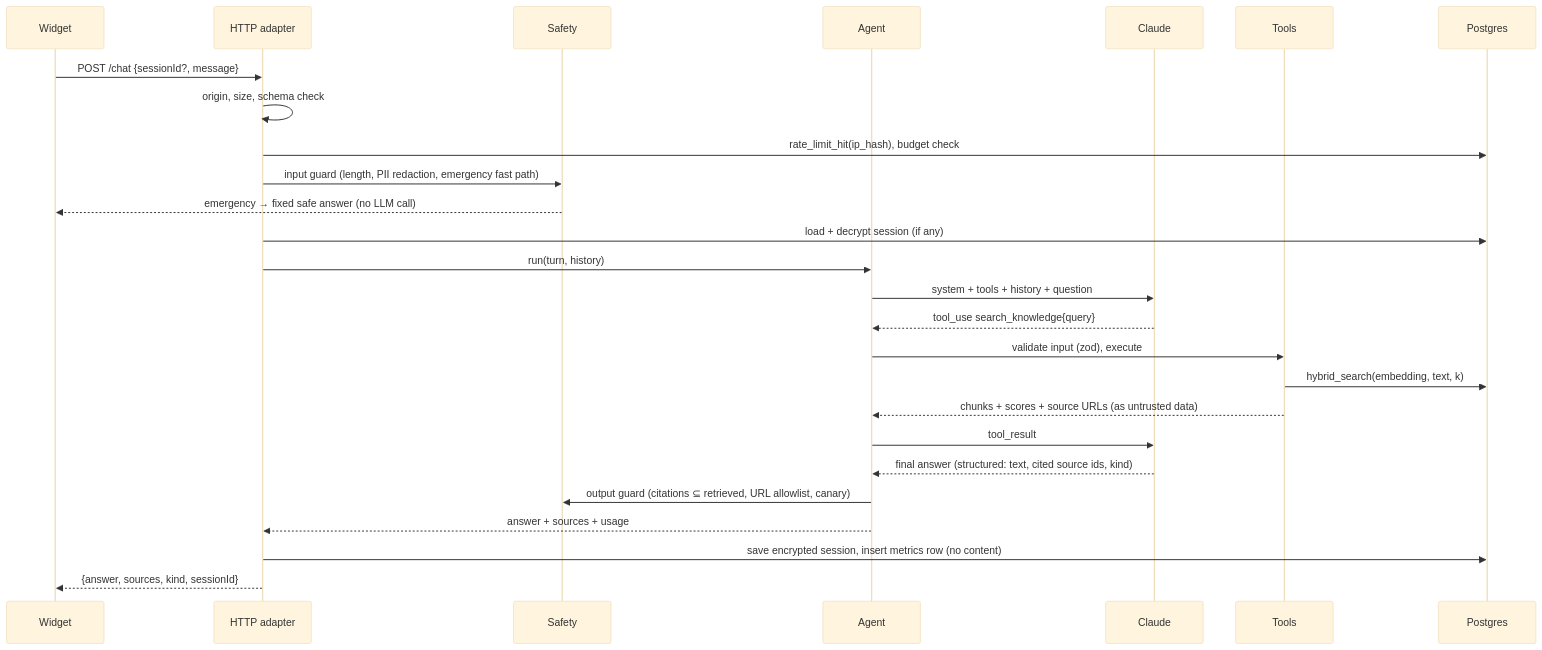
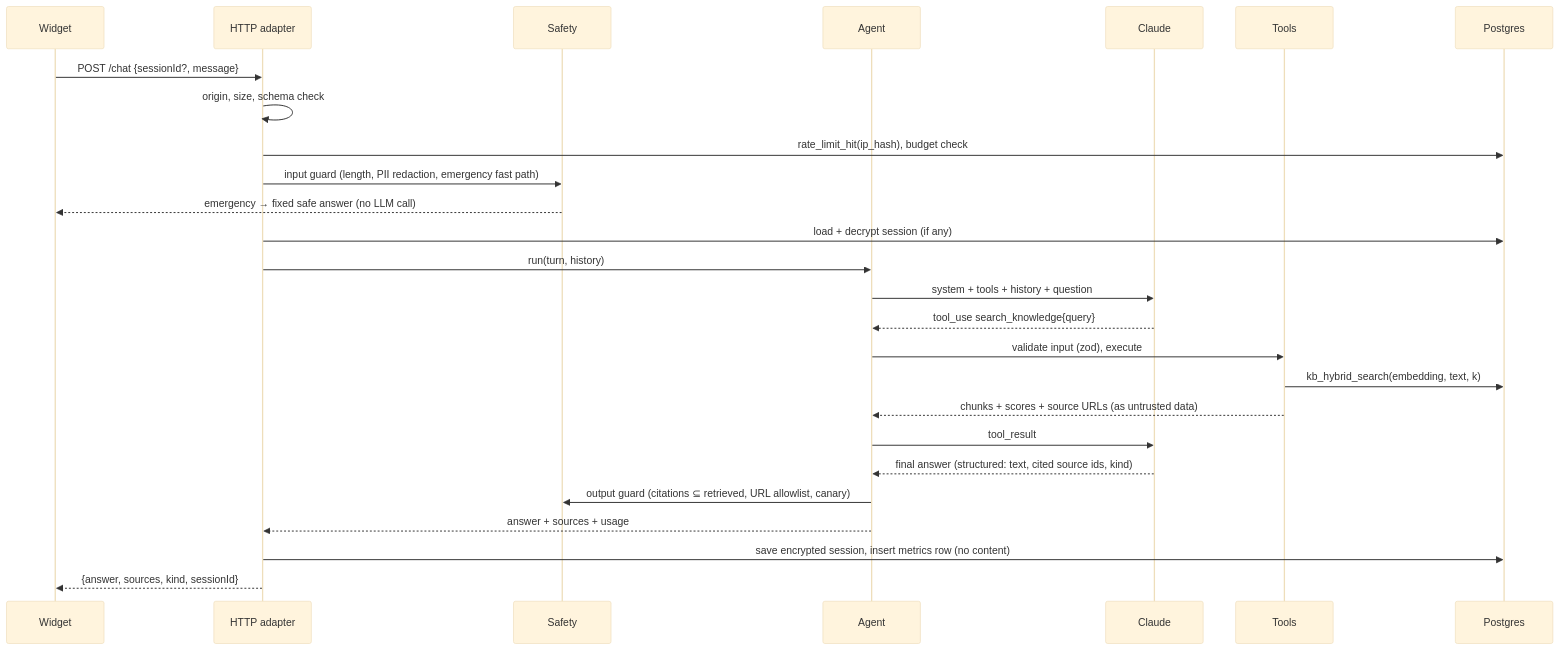
One commit to tomasghilino/dr-ghilino-assistant changed the second of 2 diagrams in ARCHITECTURE.md. Above: the diagram before and after it, drawn with Mermaid (base theme). The commit also changed other lines of this file and 36 other files, not shown here.

````diff
--- a/ARCHITECTURE.md
+++ b/ARCHITECTURE.md
@@ -75,28 +75,28 @@
 ```mermaid
 sequenceDiagram
   participant W as Widget
   participant H as HTTP adapter
   participant G as Safety
   participant AG as Agent
   participant L as Claude
   participant T as Tools
   participant DB as Postgres
   W->>H: POST /chat {sessionId?, message}
   H->>H: origin, size, schema check
   H->>DB: rate_limit_hit(ip_hash), budget check
   H->>G: input guard (length, PII redaction, emergency fast path)
   G-->>W: emergency → fixed safe answer (no LLM call)
   H->>DB: load + decrypt session (if any)
   H->>AG: run(turn, history)
   AG->>L: system + tools + history + question
   L-->>AG: tool_use search_knowledge{query}
   AG->>T: validate input (zod), execute
-  T->>DB: hybrid_search(embedding, text, k)
+  T->>DB: kb_hybrid_search(embedding, text, k)
   T-->>AG: chunks + scores + source URLs (as untrusted data)
   AG->>L: tool_result
   L-->>AG: final answer (structured: text, cited source ids, kind)
   AG->>G: output guard (citations ⊆ retrieved, URL allowlist, canary)
   AG-->>H: answer + sources + usage
   H->>DB: save encrypted session, insert metrics row (no content)
   H-->>W: {answer, sources, kind, sessionId}
 ```
````
